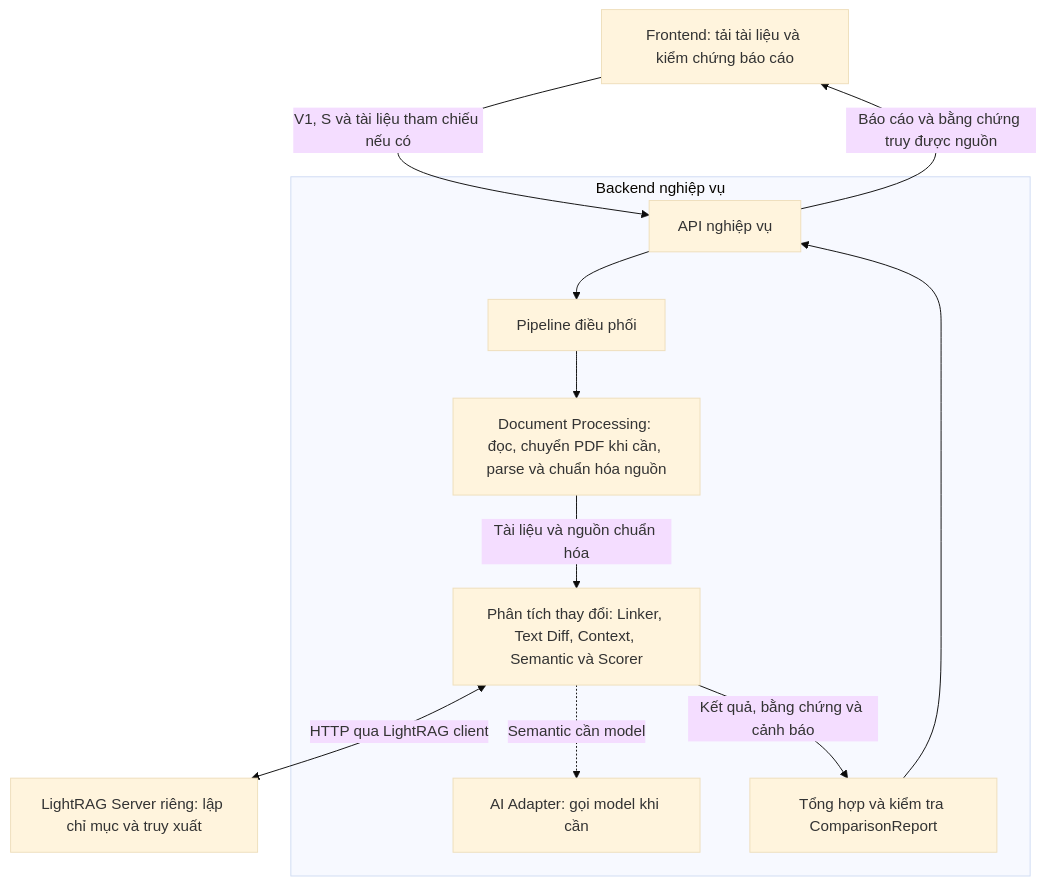
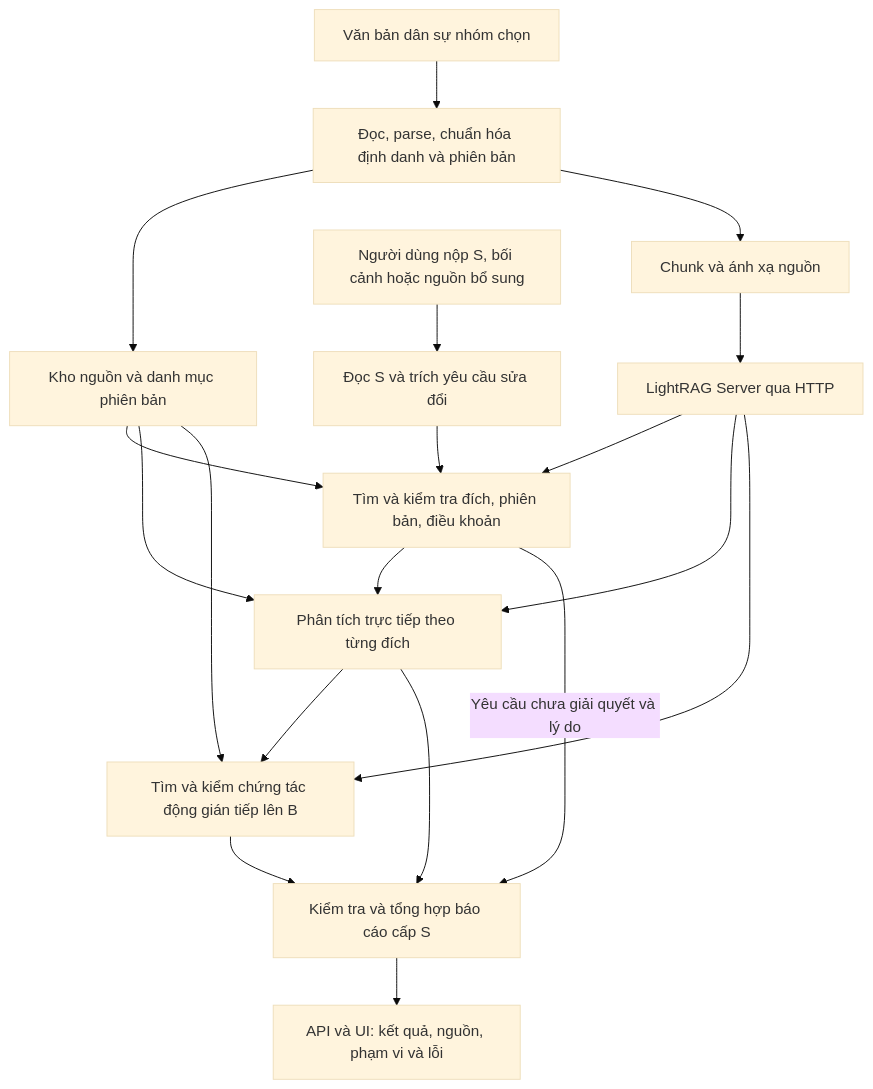
One commit to Lyra1603/group4_legal_document_change_detection changed the first of 2 diagrams in docs/architecture.md. Above: the diagram before and after it, drawn with Mermaid (base theme). The commit also changed other lines of this file and 11 other files, not shown here.

Commit message:
docs(architecture): align civil-law workflow and source contracts

````diff
--- a/docs/architecture.md
+++ b/docs/architecture.md
@@ -40,23 +40,21 @@
 ```mermaid
 flowchart TD
-    UI["Frontend: tải tài liệu và kiểm chứng báo cáo"]
-    subgraph BE["Backend nghiệp vụ"]
-        API["API nghiệp vụ"]
-        P["Pipeline điều phối"]
-        DOC["Document Processing: đọc, chuyển PDF khi cần, parse và chuẩn hóa nguồn"]
-        ANALYSIS["Phân tích thay đổi: Linker, Text Diff, Context, Semantic và Scorer"]
-        REPORT["Tổng hợp và kiểm tra ComparisonReport"]
-        MODEL["AI Adapter: gọi model khi cần"]
-    end
-    RAG["LightRAG Server riêng: lập chỉ mục và truy xuất"]
-
-    UI -->|"V1, S và tài liệu tham chiếu nếu có"| API
-    API --> P
-    P --> DOC
-    DOC -->|"Tài liệu và nguồn chuẩn hóa"| ANALYSIS
-    ANALYSIS <-->|"HTTP qua LightRAG client"| RAG
-    ANALYSIS -.->|"Semantic cần model"| MODEL
-    ANALYSIS -->|"Kết quả, bằng chứng và cảnh báo"| REPORT
-    REPORT --> API
-    API -->|"Báo cáo và bằng chứng truy được nguồn"| UI
+    CORPUS["Văn bản dân sự nhóm chọn"] --> PREP["Đọc, parse, chuẩn hóa định danh và phiên bản"]
+    PREP --> STORE["Kho nguồn và danh mục phiên bản"]
+    PREP --> INDEX["Chunk và ánh xạ nguồn"]
+    INDEX --> RAG["LightRAG Server qua HTTP"]
+    UI["Người dùng nộp S, bối cảnh hoặc nguồn bổ sung"] --> EXTRACT["Đọc S và trích yêu cầu sửa đổi"]
+    EXTRACT --> RESOLVE["Tìm và kiểm tra đích, phiên bản, điều khoản"]
+    STORE --> RESOLVE
+    RAG --> RESOLVE
+    RESOLVE --> DIRECT["Phân tích trực tiếp theo từng đích"]
+    STORE --> DIRECT
+    RAG --> DIRECT
+    DIRECT --> IMPACT["Tìm và kiểm chứng tác động gián tiếp lên B"]
+    STORE --> IMPACT
+    RAG --> IMPACT
+    DIRECT --> REPORT["Kiểm tra và tổng hợp báo cáo cấp S"]
+    IMPACT --> REPORT
+    RESOLVE -->|"Yêu cầu chưa giải quyết và lý do"| REPORT
+    REPORT --> VIEW["API và UI: kết quả, nguồn, phạm vi và lỗi"]
 ```
````
